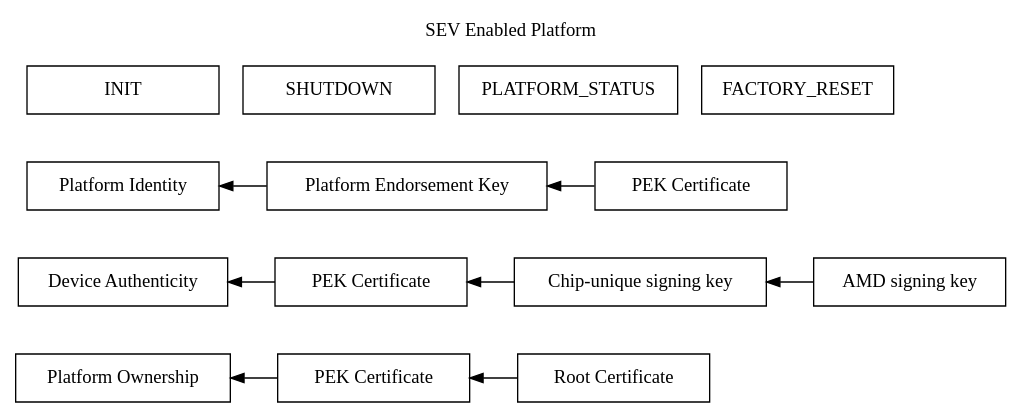
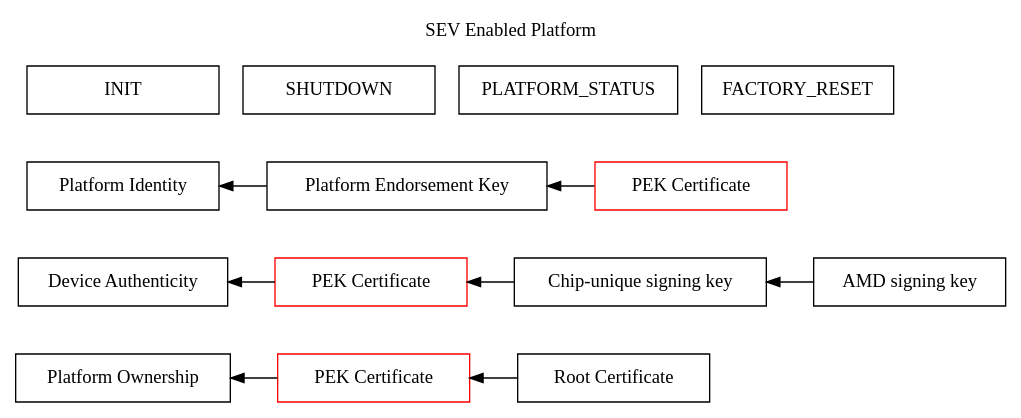
Before and after one commit to fengharry/draw: the diagram in platform.gv, drawn with Graphviz. The commit also changed 2 other files, not shown here.

```diff
--- a/platform.gv
+++ b/platform.gv
@@ -1,43 +1,43 @@
 digraph sev{
 	node[shape = box; width = 2];
 	label = "SEV Enabled Platform\n "; labelloc = t;
 	ranksep = 0.5;
 	nodesep = 0.25;
 
 	init[label = "INIT"];
 	shutdown[label = "SHUTDOWN"];
 	status[label = "PLATFORM_STATUS"];	
 	reset[label = "FACTORY_RESET"];
 
 	init -> identity[style = invis];
 
 	{
 		rank = same;
 		identity[label = "Platform Identity"];
 		pek[label = "Platform Endorsement Key"];
-		pek_cert0[label = "PEK Certificate"];
+		pek_cert0[label = "PEK Certificate"; color = red];
 		identity -> pek -> pek_cert0[dir = back; minlen = 2];
 	}
 	
 	identity -> authenticity[style = invis];
 	
 	{
 		rank = same;
 		authenticity[label = "Device Authenticity"];
-		pek_cert1[label = "PEK Certificate"];
+		pek_cert1[label = "PEK Certificate"; color = red];
 		chip_key[label = "Chip-unique signing key"];
 		amd_key[label = "AMD signing key"];
 		authenticity -> pek_cert1 -> chip_key -> amd_key[dir = back; minlen = 2];
 	}
 	
 	authenticity -> ownership[style = invis];
 	
 	{
 		rank = same;
 		ownership[label = "Platform Ownership"];
-		pek_cert2[label = "PEK Certificate"];
+		pek_cert2[label = "PEK Certificate"; color = red];
 		root_cert[label = "Root Certificate"];
 		ownership -> pek_cert2 -> root_cert[dir = back; minlen = 2];
 	}
 
 }
```
